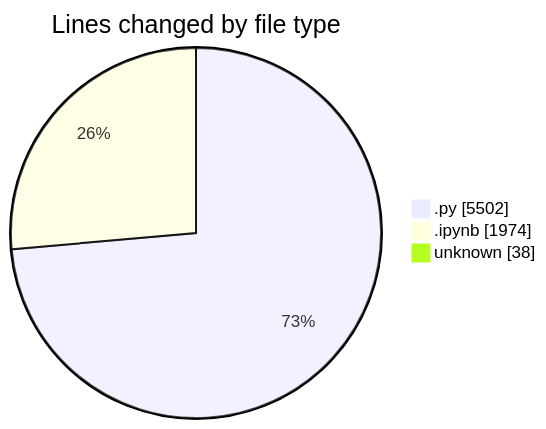
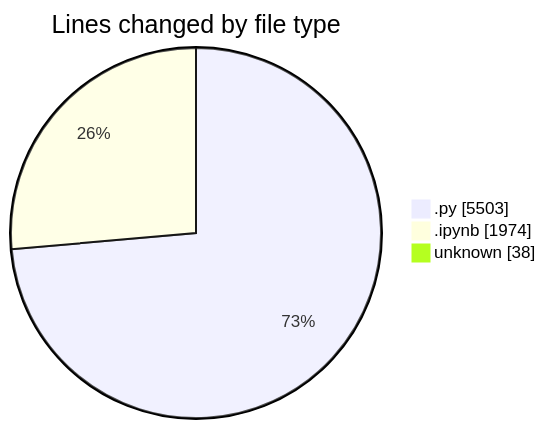
One commit to MatusMokan/code-tracking changed the first of 2 diagrams in 2025-03-21/myws__workspace_/README.md. Above: the diagram before and after it, drawn with Mermaid. The commit also changed other lines of this file and 1 other file, not shown here.

````diff
--- a/2025-03-21/myws__workspace_/README.md
+++ b/2025-03-21/myws__workspace_/README.md
@@ -25,7 +25,7 @@
 ```mermaid
 pie showData
 title Lines changed by file type
-".py" : 5502
+".py" : 5503
 ".ipynb" : 1974
 "unknown" : 38
 ```
````
